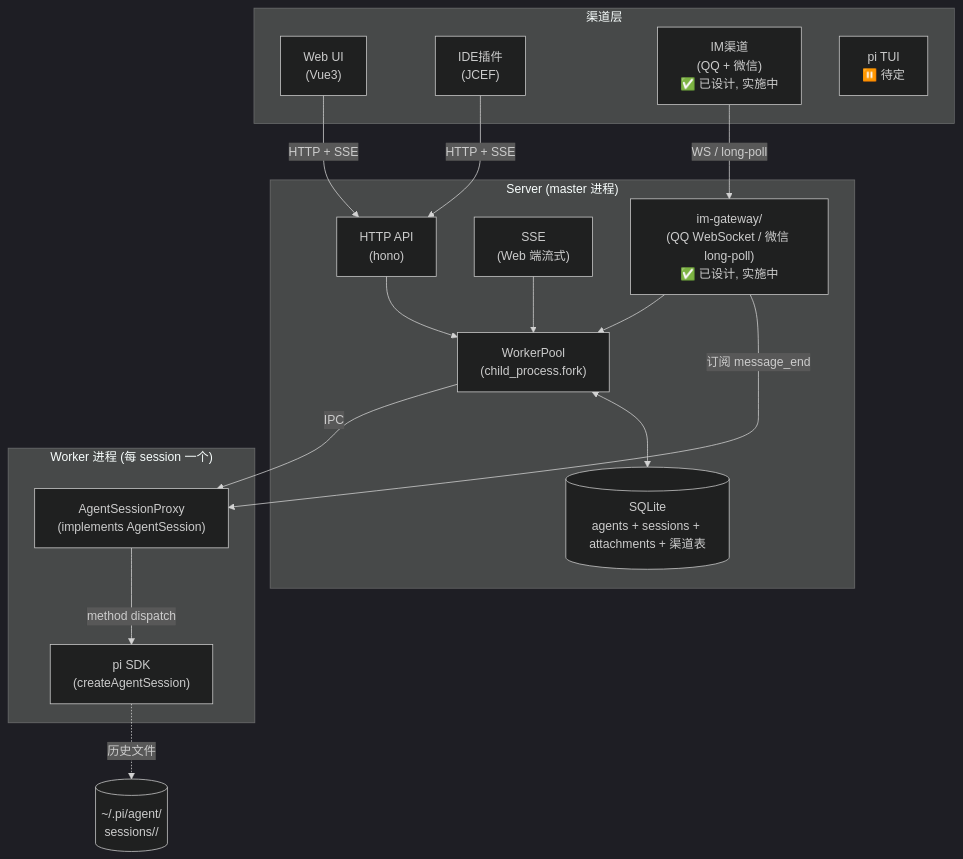
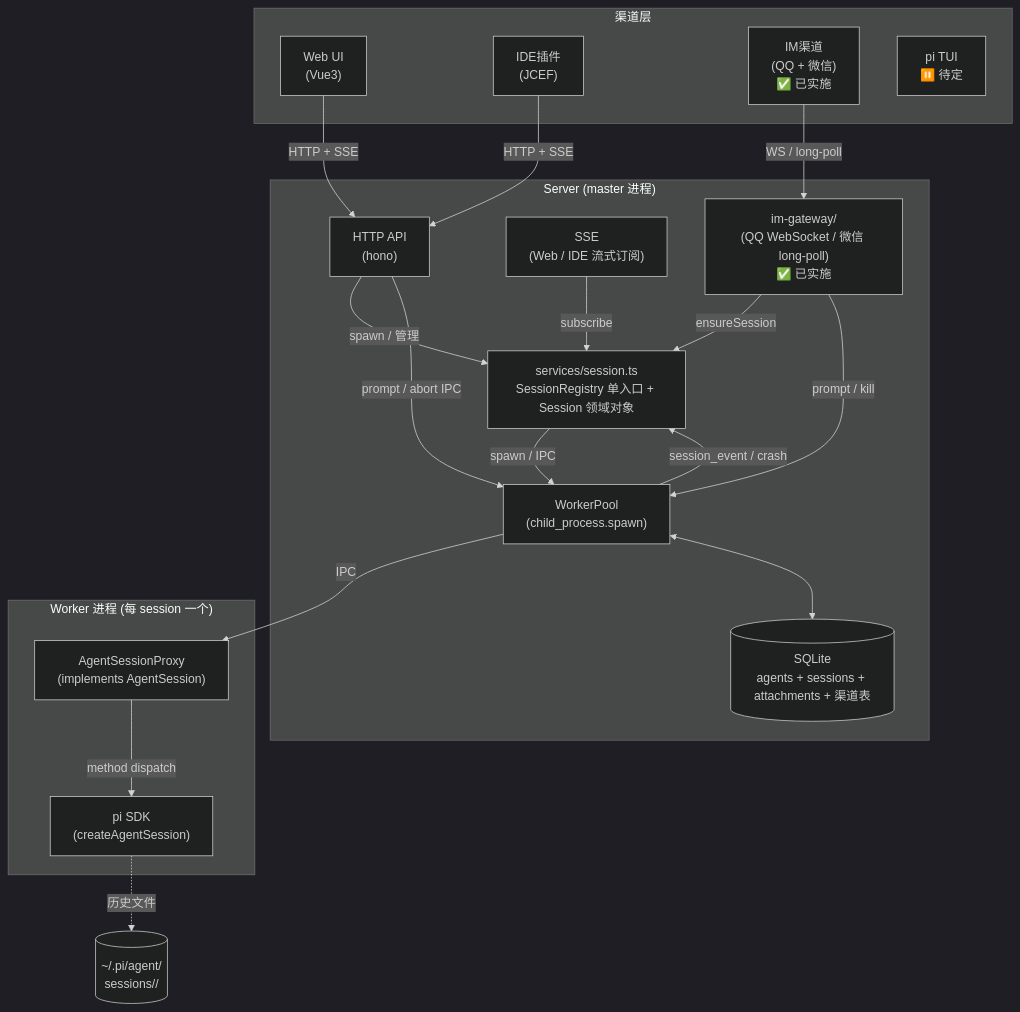
Before and after one commit to shinexsf/pi-agent-platform: the diagram in doc/architecture/current/pi-agent-server_overview.md, drawn with Mermaid (dark theme). The commit also changed other lines of this file and 37 other files, not shown here.

Commit message:
refactor(server): core-session-refactor——session 服务层立起（services/session.ts 单入口 + 领域状态归 Session + 事件流反转 + ensure-session 双实现合并）+ 同步架构文档与 mermaid 图校验工具

````diff
--- a/doc/architecture/current/pi-agent-server_overview.md
+++ b/doc/architecture/current/pi-agent-server_overview.md
@@ -7,34 +7,38 @@
 ```mermaid
 flowchart TB
     subgraph Client["渠道层"]
         WebUI["Web UI<br/>(Vue3)"]
         IDE["IDE插件<br/>(JCEF)"]
-        IM["IM渠道<br/>(QQ + 微信)<br/>✅ 已设计, 实施中"]
+        IM["IM渠道<br/>(QQ + 微信)<br/>✅ 已实施"]
         TUI["pi TUI<br/>⏸️ 待定"]
     end
 
     subgraph Master["Server (master 进程)"]
         HTTPAPI["HTTP API<br/>(hono)"]
-        SSE["SSE<br/>(Web 端流式)"]
-        IMGateway["im-gateway/<br/>(QQ WebSocket / 微信 long-poll)<br/>✅ 已设计, 实施中"]
-        WPM["WorkerPool<br/>(child_process.fork)"]
+        SSE["SSE<br/>(Web / IDE 流式订阅)"]
+        IMGateway["im-gateway/<br/>(QQ WebSocket / 微信 long-poll)<br/>✅ 已实施"]
+        SES["services/session.ts<br/>SessionRegistry 单入口 + Session 领域对象"]
+        WPM["WorkerPool<br/>(child_process.spawn)"]
         DB[("SQLite<br/>agents + sessions + attachments + 渠道表")]
     end
 
     subgraph Worker["Worker 进程 (每 session 一个)"]
         Proxy["AgentSessionProxy<br/>(implements AgentSession)"]
         SDK["pi SDK<br/>(createAgentSession)"]
     end
 
     WebUI -->|HTTP + SSE| HTTPAPI
     IDE -->|HTTP + SSE| HTTPAPI
     IM -->|WS / long-poll| IMGateway
-    HTTPAPI --> WPM
-    SSE --> WPM
-    IMGateway --> WPM
-    IMGateway -->|订阅 message_end| Proxy
+    HTTPAPI -->|spawn / 管理| SES
+    IMGateway -->|ensureSession| SES
+    SSE -->|subscribe| SES
+    SES -->|spawn / IPC| WPM
+    HTTPAPI -->|prompt / abort IPC| WPM
+    IMGateway -->|prompt / kill| WPM
+    WPM -->|session_event / crash| SES
     WPM -->|IPC| Proxy
     Proxy -->|method dispatch| SDK
     WPM <--> DB
     SDK -.->|历史文件| PiHist[(~/.pi/agent/<br/>sessions/<id>/)]
 ```
````
